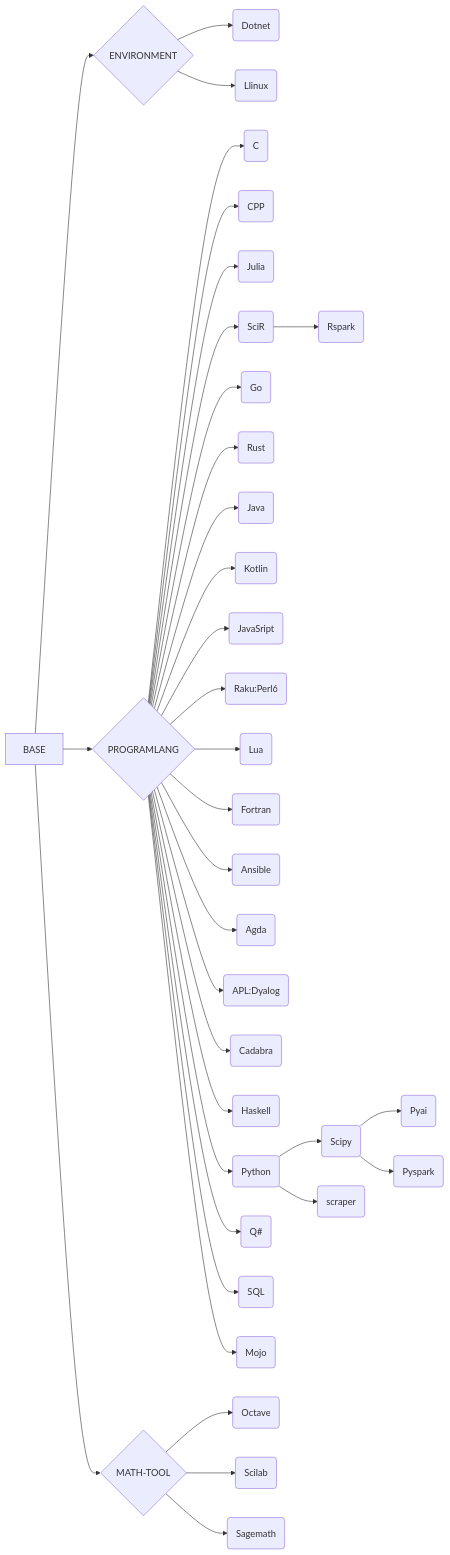
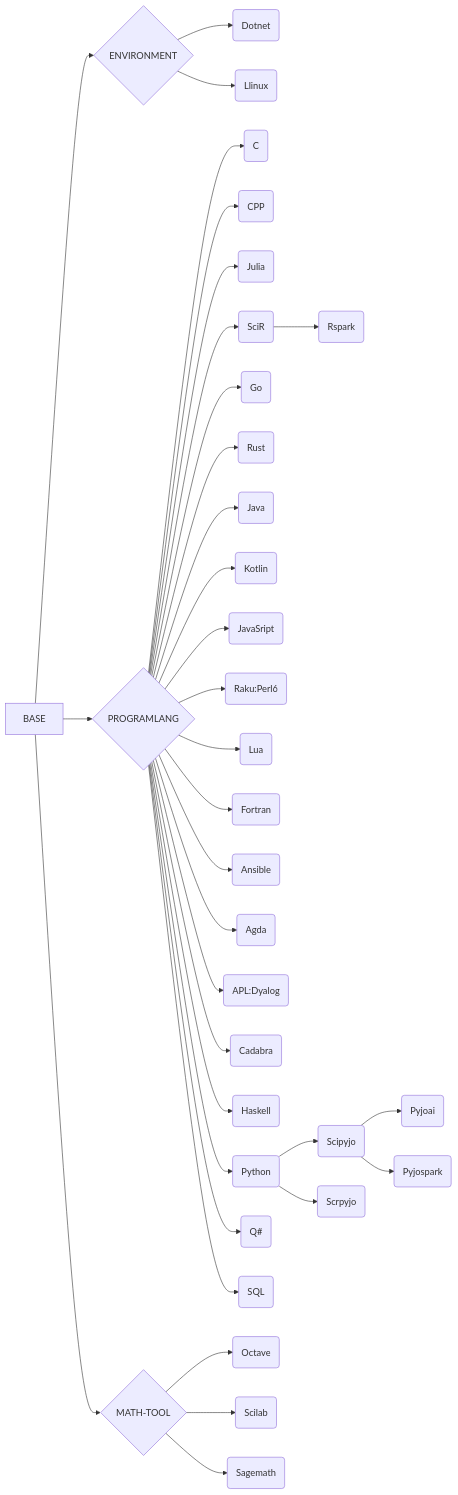
One commit to ben0i0d/jupyter-image-stacks changed the diagram in README.md. Above: the diagram before and after it, drawn with Mermaid. The commit also changed 7 other files, not shown here.

````diff
--- a/README.md
+++ b/README.md
@@ -89,34 +89,33 @@
 ```mermaid
 graph LR
 BASE-->ENV{ENVIRONMENT}-->EA(Dotnet)
 ENV-->EB(Llinux)
 BASE-->PROGRAM{PROGRAMLANG}
 PROGRAM-->PA(C)
 PROGRAM-->PB(CPP)
 PROGRAM-->PC(Julia)
 PROGRAM-->PD(SciR)-->PDA(Rspark)
 PROGRAM-->PE(Go)
 PROGRAM-->PF(Rust)
 PROGRAM-->PG(Java)
 PROGRAM-->PH(Kotlin)
 PROGRAM-->PI(JavaSript)
 PROGRAM-->PJ(Raku:Perl6)
 PROGRAM-->PK(Lua)
 PROGRAM-->PL(Fortran)
 PROGRAM-->PM(Ansible)
 PROGRAM-->PN(Agda)
 PROGRAM-->PO(APL:Dyalog)
 PROGRAM-->PP(Cadabra)
 PROGRAM-->PQ(Haskell)
 PROGRAM-->PR(Python)
 PROGRAM-->PS(Q#)
 PROGRAM-->PT(SQL)
-PROGRAM-->PU(Mojo)
-PR-->PRA(Scipy)
-PR-->PRB(scraper)
-PRA-->PRAA(Pyai)  
-PRA-->PRAB(Pyspark)  
+PR-->PRA(Scipyjo)
+PR-->PRB(Scrpyjo)
+PRA-->PRAA(Pyjoai)  
+PRA-->PRAB(Pyjospark)  
 BASE-->MATH{MATH-TOOL}-->MA(Octave)
 MATH-->MB(Scilab)
 MATH-->MC(Sagemath)
 ```
````
